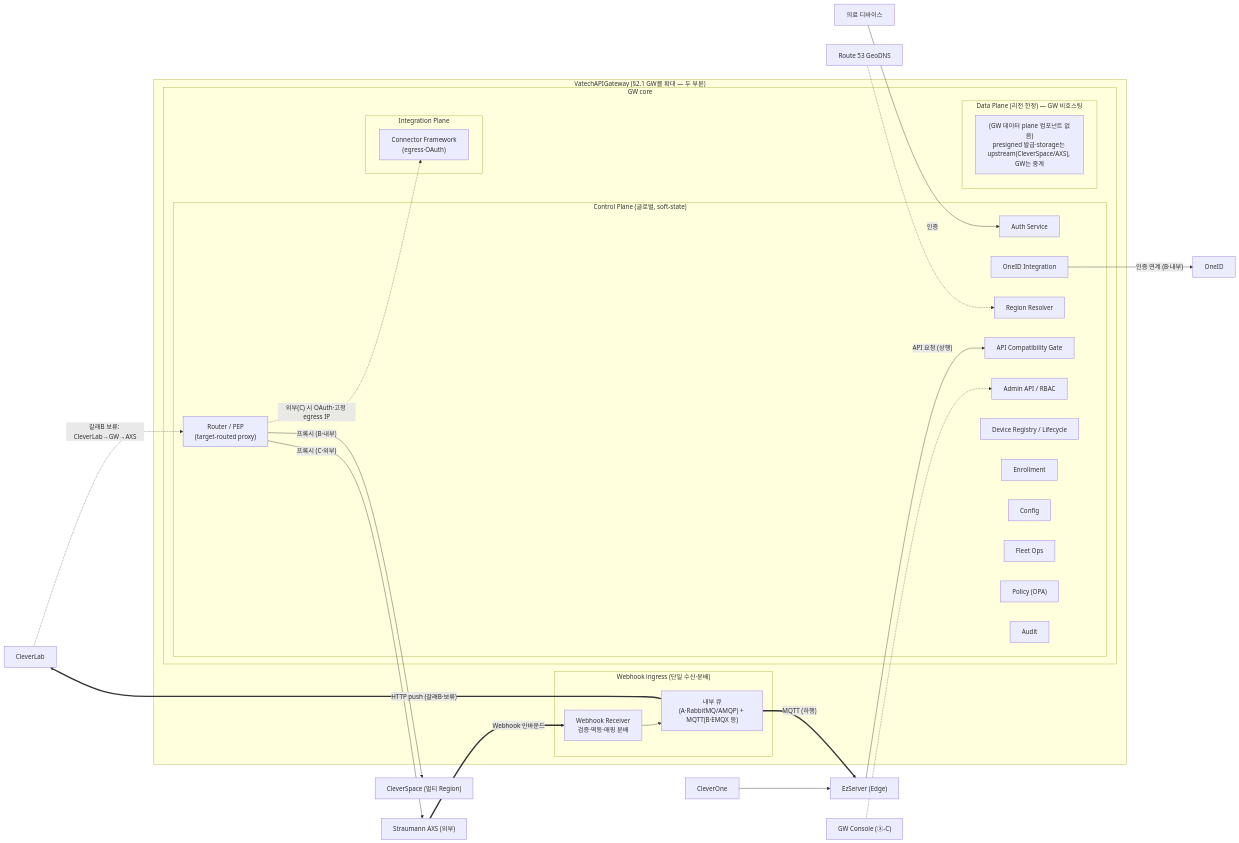
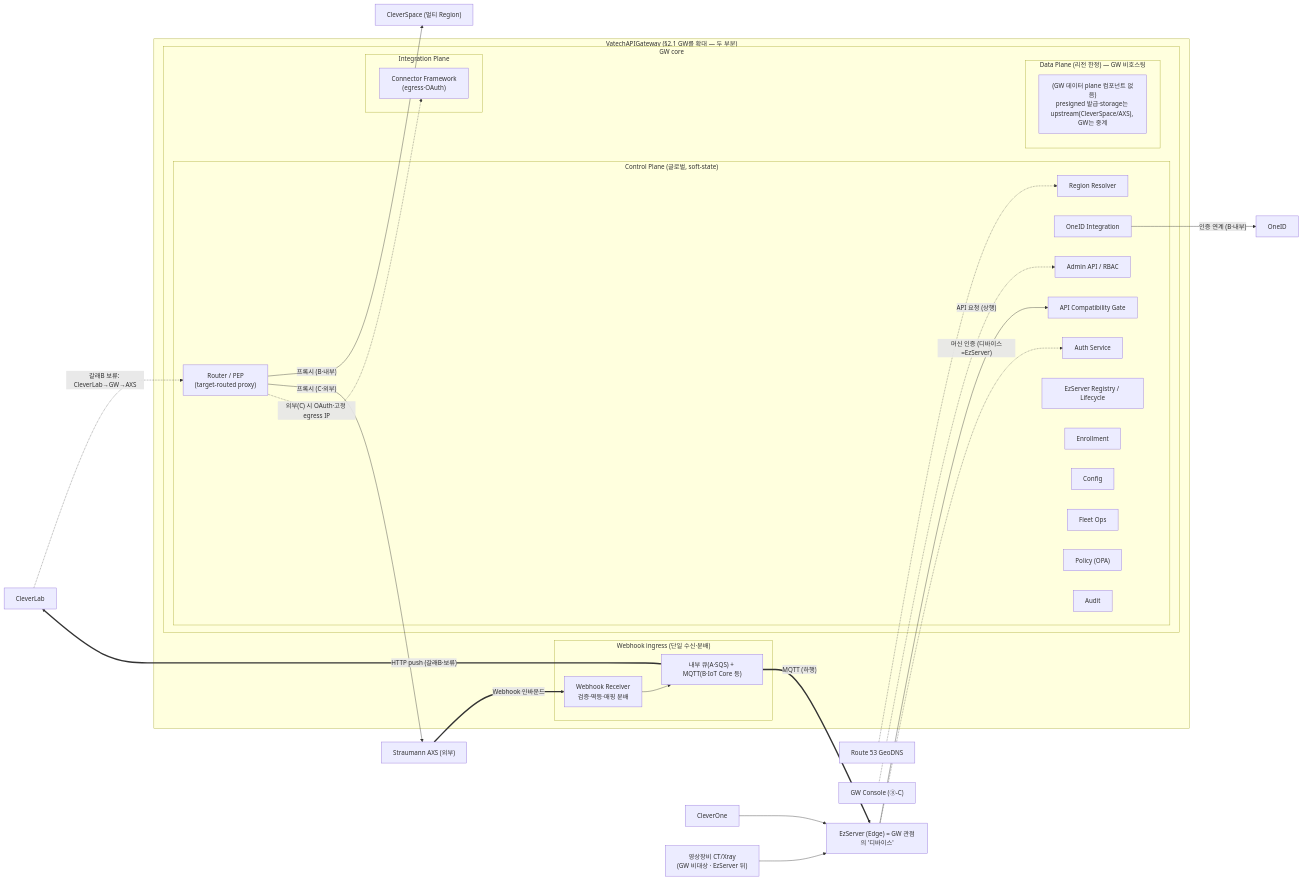
Before and after one commit to gracegyu/scp-architecture: the third of 11 diagrams in docs/VT_API_Gateway/08.VT_API_Gateway/specs/03-srs-gateway/SRS.md, drawn with Mermaid. The commit also changed other lines of this file and 5 other files, not shown here.

````diff
--- a/docs/VT_API_Gateway/08.VT_API_Gateway/specs/03-srs-gateway/SRS.md
+++ b/docs/VT_API_Gateway/08.VT_API_Gateway/specs/03-srs-gateway/SRS.md
@@ -321,61 +273,62 @@
 ```mermaid
 flowchart LR
     %% 외부 시스템 — §2.1과 동일 (VatechAPIGateway 바깥은 §2.1과 완전히 같음)
     CO["CleverOne"]
-    DEV["의료 디바이스"]
-    EZ["EzServer (Edge)"]
+    DEV["영상장비 CT/Xray<br/>(GW 비대상 · EzServer 뒤)"]
+    EZ["EzServer (Edge) = GW 관점의 '디바이스'"]
     OID["OneID"]
     CS["CleverSpace (멀티 Region)"]
     CLAB["CleverLab"]
     AXS["Straumann AXS (외부)"]
     R53["Route 53 GeoDNS"]
     CONSOLE["GW Console (③-C)"]
 
     subgraph GWBOX["VatechAPIGateway (§2.1 GW를 확대 — 두 부분)"]
         subgraph CORE["GW core"]
             subgraph CTRL["Control Plane (글로벌, soft-state)"]
                 AUTH["Auth Service"]
                 OIDI["OneID Integration"]
                 ROUTER["Router / PEP<br/>(target-routed proxy)"]
                 RGN["Region Resolver"]
                 COMPAT["API Compatibility Gate"]
                 ADM["Admin API / RBAC"]
-                DREG["Device Registry / Lifecycle"]
+                DREG["EzServer Registry / Lifecycle"]
                 ENR["Enrollment"]
                 CFG["Config"]
                 FLEET["Fleet Ops"]
                 OPA["Policy (OPA)"]
                 AUD["Audit"]
             end
             subgraph DATA["Data Plane (리전 한정) — GW 비호스팅"]
                 DNOTE["(GW 데이터 plane 컴포넌트 없음)<br/>presigned 발급·storage는 upstream(CleverSpace/AXS), GW는 중계"]
             end
             subgraph INTEG["Integration Plane"]
                 CONN["Connector Framework<br/>(egress·OAuth)"]
             end
         end
         subgraph WHTIER["Webhook ingress (단일 수신·분배)"]
             WH["Webhook Receiver<br/>검증·멱등·매핑 분배"]
-            WHQ["내부 큐(A·RabbitMQ/AMQP) + MQTT(B·EMQX 등)"]
+            WHQ["내부 큐(A·SQS) + MQTT(B·IoT Core 등)"]
             WH --> WHQ
         end
     end
 
     %% API 호출 — 대상 무관 동일 경로(target-routed proxy). 차이는 trust profile뿐
     CO --> EZ
+    DEV --> EZ
     EZ -->|"API 요청 (상행)"| COMPAT
-    DEV -->|"인증"| AUTH
+    EZ -.->|"머신 인증 (디바이스=EzServer)"| AUTH
     OIDI -->|"인증 연계 (B·내부)"| OID
     ROUTER -->|"프록시 (B·내부)"| CS
     ROUTER -->|"프록시 (C·외부)"| AXS
     ROUTER -.->|"외부(C) 시 OAuth·고정 egress IP"| CONN
     %% CleverLab은 프록시 대상 아님 — 갈래B 클라우드 클라이언트(보류): CleverLab→GW→AXS
     CLAB -.->|"갈래B 보류: CleverLab→GW→AXS"| ROUTER
     CONSOLE -.-> ADM
     R53 -.-> RGN
 
     %% Webhook(이벤트 인바운드)은 API 호출과 별개 — 현재 AXS만. 클라우드 수신=CleverLab만(갈래B 보류), CleverSpace는 대상 아님(§2.3.6)
     AXS ==>|"Webhook 인바운드"| WH
     WHQ ==>|"MQTT (하행)"| EZ
     WHQ ==>|"HTTP push (갈래B·보류)"| CLAB
 ```
````
